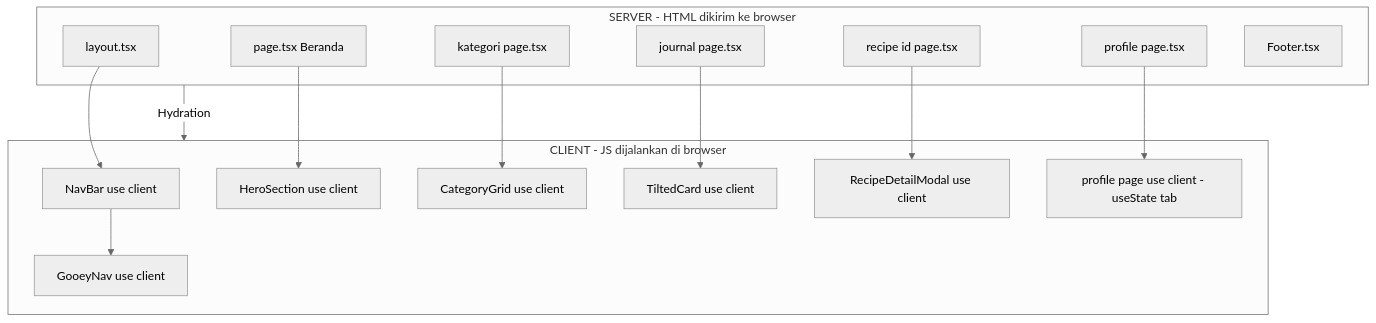
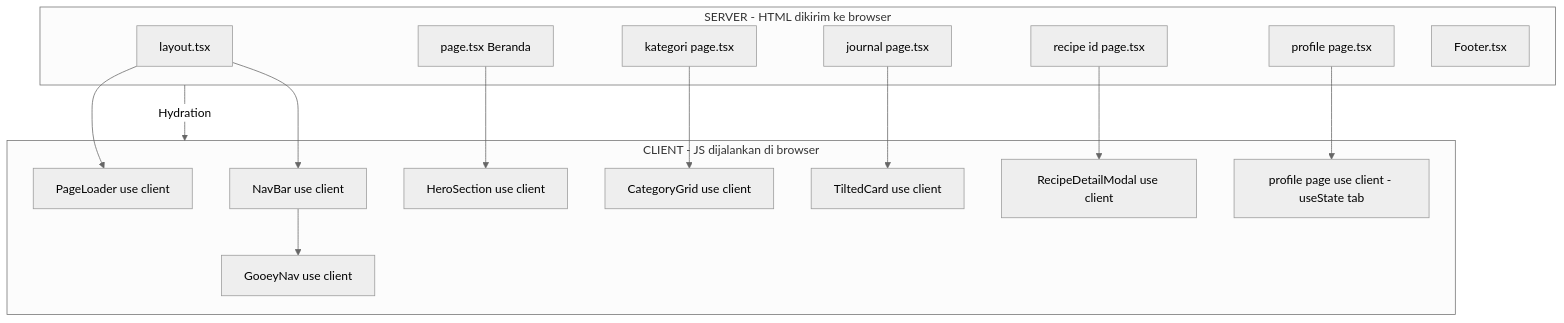
One commit to nabilkencana/Resep-Makanan-Frontend changed the fourth of 5 diagrams in technical_guide.md. Above: the diagram before and after it, drawn with Mermaid (neutral theme). The commit also changed other lines of this file and 9 other files, not shown here.

Commit message:
feat: implement PageLoader component with Lottie animation and synchronize initial component entrance sequences

````diff
--- a/technical_guide.md
+++ b/technical_guide.md
@@ -328,31 +336,33 @@
 ```mermaid
 graph TD
     subgraph Server ["SERVER - HTML dikirim ke browser"]
         L["layout.tsx"]
         PH["page.tsx Beranda"]
         PK["kategori page.tsx"]
         PJ["journal page.tsx"]
         PP["profile page.tsx"]
         PR["recipe id page.tsx"]
         F["Footer.tsx"]
     end
 
     subgraph Client ["CLIENT - JS dijalankan di browser"]
+        PL["PageLoader use client"]
         NB["NavBar use client"]
         HS["HeroSection use client"]
         CG["CategoryGrid use client"]
         Ti["TiltedCard use client"]
         RM["RecipeDetailModal use client"]
         PT["profile page use client - useState tab"]
         GN["GooeyNav use client"]
     end
 
     Server -->|Hydration| Client
+    L --> PL
     L --> NB
     PH --> HS
     PK --> CG
     PJ --> Ti
     PR --> RM
     PP --> PT
     NB --> GN
 ```
````
